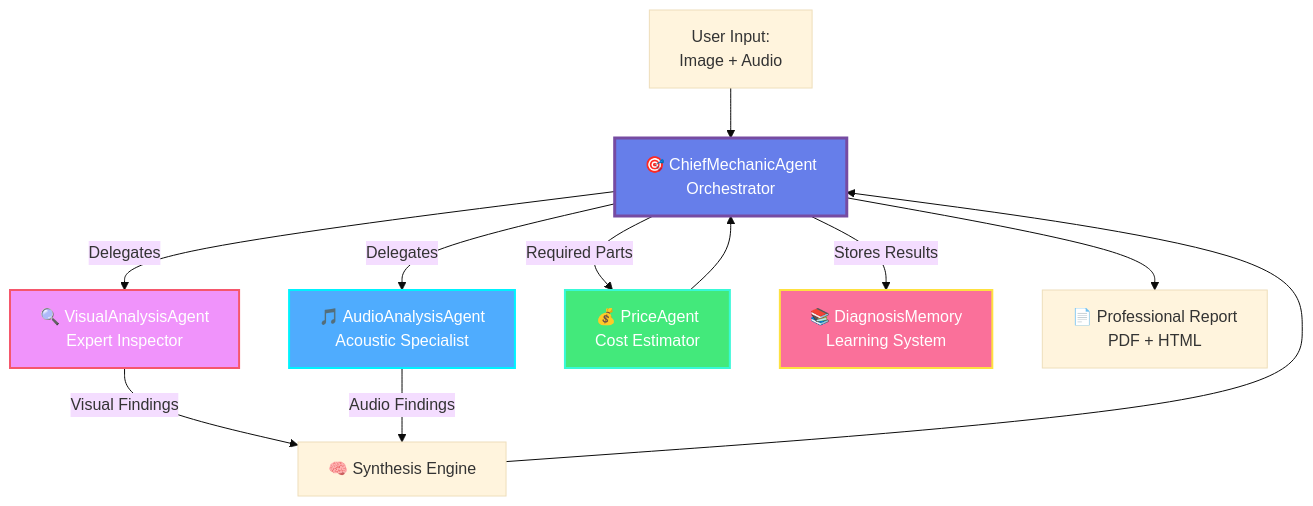
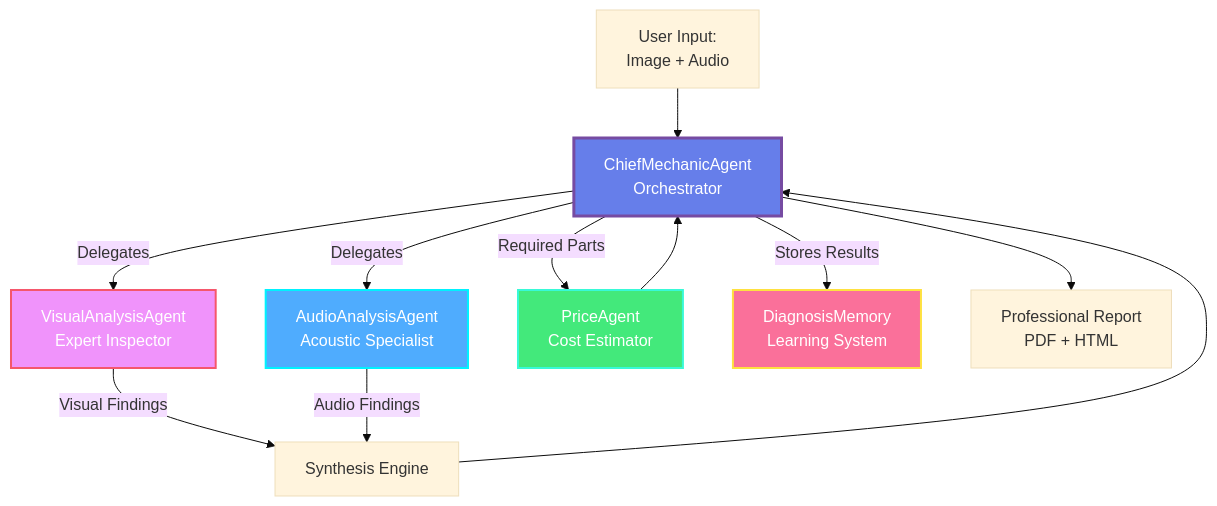
The diagram in README.md (SAGAR-0000/Mechanic-Mitra), drawn with Mermaid (base theme) before and after one commit. The commit also changed other lines of this file, not shown here.

````diff
--- a/README.md
+++ b/README.md
@@ -40,19 +40,19 @@
 ```mermaid
 graph TD
-    A[User Input:<br/>Image + Audio] --> B[🎯 ChiefMechanicAgent<br/>Orchestrator]
-    B -->|Delegates| C[🔍 VisualAnalysisAgent<br/>Expert Inspector]
-    B -->|Delegates| D[🎵 AudioAnalysisAgent<br/>Acoustic Specialist]
-    C -->|Visual Findings| E[🧠 Synthesis Engine]
+    A[User Input:<br/>Image + Audio] --> B[ ChiefMechanicAgent<br/>Orchestrator]
+    B -->|Delegates| C[ VisualAnalysisAgent<br/>Expert Inspector]
+    B -->|Delegates| D[ AudioAnalysisAgent<br/>Acoustic Specialist]
+    C -->|Visual Findings| E[ Synthesis Engine]
     D -->|Audio Findings| E
     E --> B
-    B -->|Required Parts| F[💰 PriceAgent<br/>Cost Estimator]
+    B -->|Required Parts| F[ PriceAgent<br/>Cost Estimator]
     F --> B
-    B -->|Stores Results| G[📚 DiagnosisMemory<br/>Learning System]
-    B --> H[📄 Professional Report<br/>PDF + HTML]
+    B -->|Stores Results| G[ DiagnosisMemory<br/>Learning System]
+    B --> H[ Professional Report<br/>PDF + HTML]
     
     style B fill:#667eea,stroke:#764ba2,stroke-width:3px,color:#fff
     style C fill:#f093fb,stroke:#f5576c,stroke-width:2px,color:#fff
     style D fill:#4facfe,stroke:#00f2fe,stroke-width:2px,color:#fff
     style F fill:#43e97b,stroke:#38f9d7,stroke-width:2px,color:#fff
     style G fill:#fa709a,stroke:#fee140,stroke-width:2px,color:#fff
 ```
````
